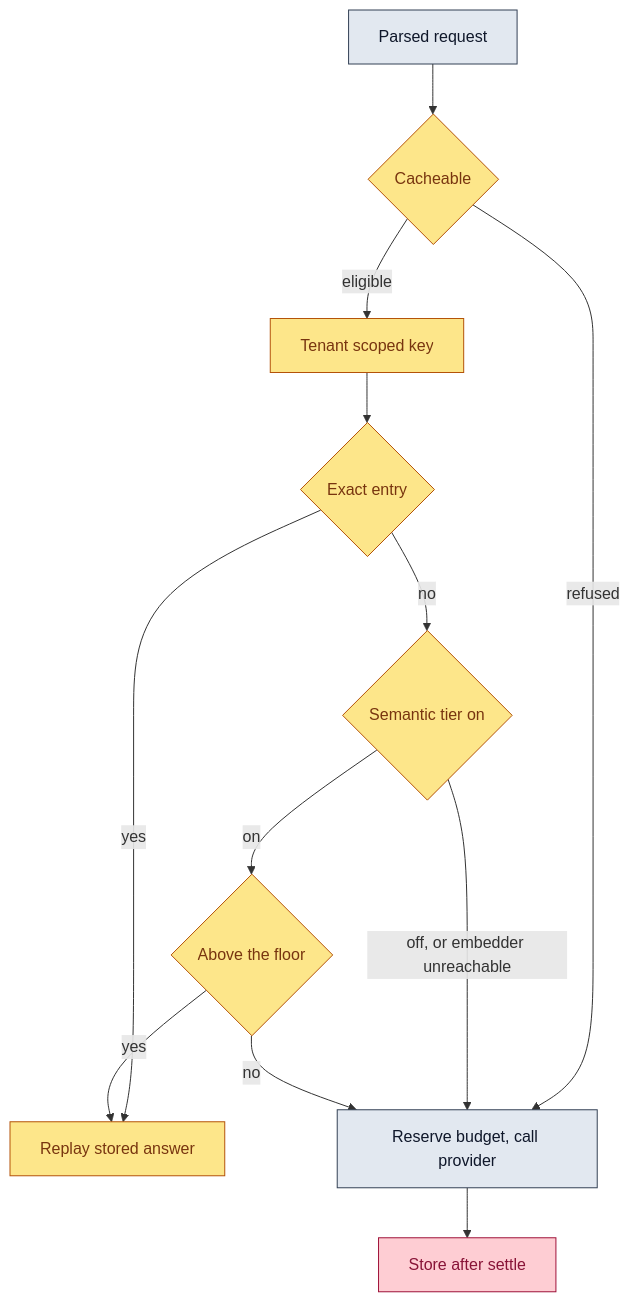
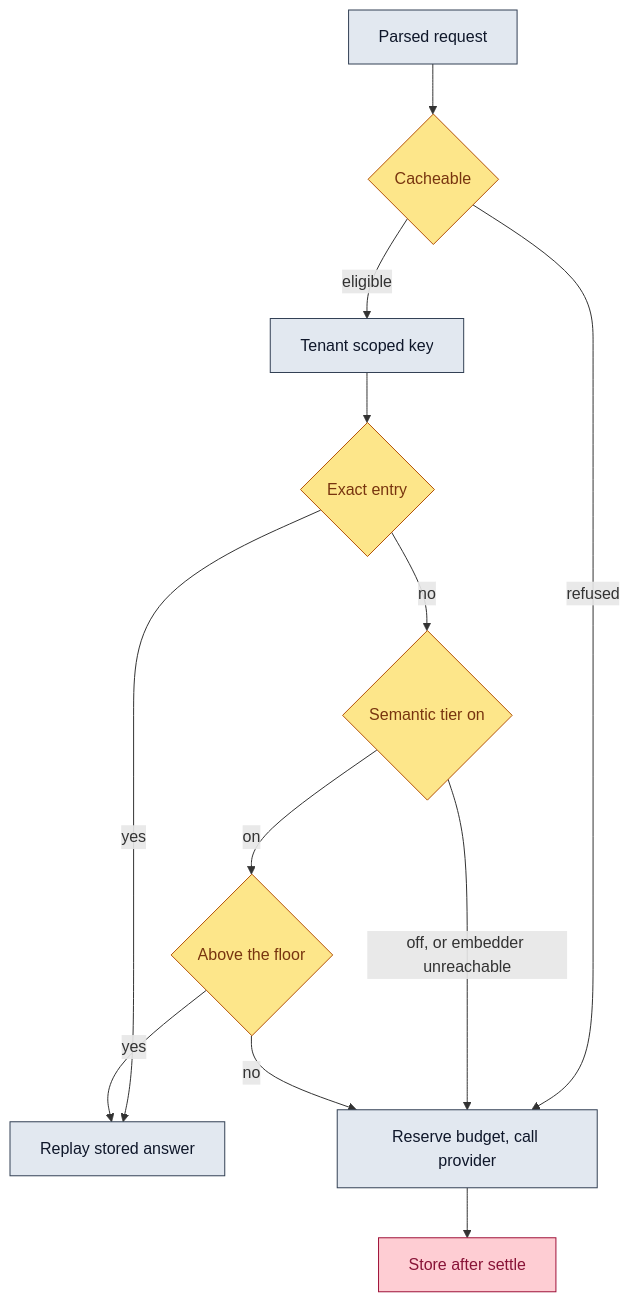
Before and after one commit to rajeev-chaurasia/pen-stock: the sixth of 6 diagrams in docs/request-lifecycle.md, drawn with Mermaid. The commit also changed 5 other files, not shown here.

First line of the commit message:
docs: make the diagram palette checkable, and apply it correctly

````diff
--- a/docs/request-lifecycle.md
+++ b/docs/request-lifecycle.md
@@ -297,33 +297,32 @@
 ```mermaid
 flowchart TD
     REQ[Parsed request]
     ELIG{Cacheable}
     KEY[Tenant scoped key]
     EXACT{Exact entry}
     SEM{Semantic tier on}
     NEAR{Above the floor}
     SERVE[Replay stored answer]
     PROCEED[Reserve budget, call provider]
     STORE[Store after settle]
 
     REQ --> ELIG
     ELIG -->|refused| PROCEED
     ELIG -->|eligible| KEY
     KEY --> EXACT
     EXACT -->|yes| SERVE
     EXACT -->|no| SEM
     SEM -->|off, or embedder unreachable| PROCEED
     SEM -->|on| NEAR
     NEAR -->|yes| SERVE
     NEAR -->|no| PROCEED
     PROCEED --> STORE
 
     classDef gateway fill:#e2e8f0,stroke:#334155,color:#0f172a
     classDef policy fill:#fde68a,stroke:#b45309,color:#78350f
     classDef storage fill:#fecdd3,stroke:#9f1239,color:#881337
 
-    class REQ,PROCEED gateway
+    class REQ,KEY,SERVE,PROCEED gateway
     class ELIG,EXACT,SEM,NEAR policy
-    class KEY,SERVE policy
     class STORE storage
 ```
````
